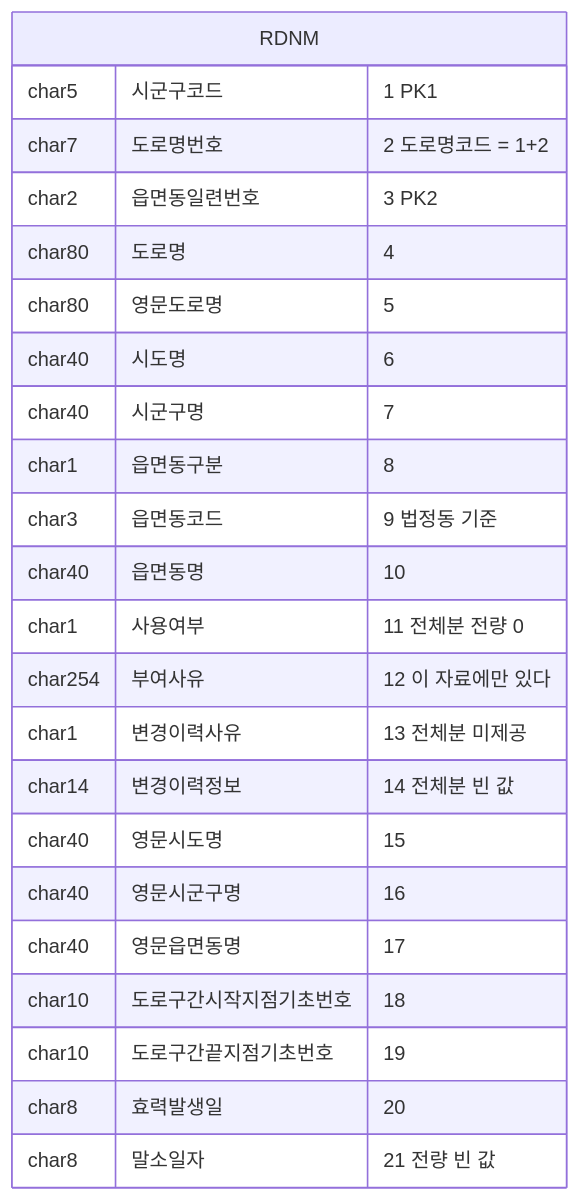
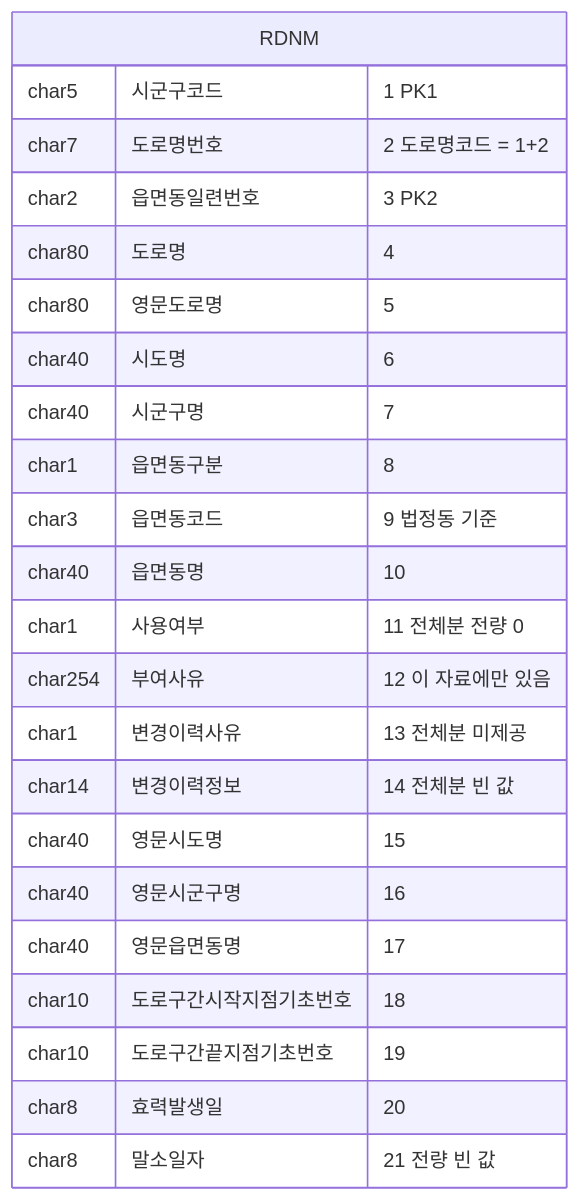
One commit to buss-sooin/address-refine-diagnostics changed the fourth of 10 diagrams in design/06-source-schema.md. Above: the diagram before and after it, drawn with Mermaid. The commit also changed other lines of this file and 5 other files, not shown here.

````diff
--- a/design/06-source-schema.md
+++ b/design/06-source-schema.md
@@ -200,26 +173,26 @@
 ```mermaid
 erDiagram
     RDNM {
         char5   시군구코드                 "1 PK1"
         char7   도로명번호                 "2 도로명코드 = 1+2"
         char2   읍면동일련번호             "3 PK2"
         char80  도로명                     "4"
         char80  영문도로명                 "5"
         char40  시도명                     "6"
         char40  시군구명                   "7"
         char1   읍면동구분                 "8"
         char3   읍면동코드                 "9 법정동 기준"
         char40  읍면동명                   "10"
         char1   사용여부                   "11 전체분 전량 0"
-        char254 부여사유                   "12 이 자료에만 있다"
+        char254 부여사유                   "12 이 자료에만 있음"
         char1   변경이력사유               "13 전체분 미제공"
         char14  변경이력정보               "14 전체분 빈 값"
         char40  영문시도명                 "15"
         char40  영문시군구명               "16"
         char40  영문읍면동명               "17"
         char10  도로구간시작지점기초번호   "18"
         char10  도로구간끝지점기초번호     "19"
         char8   효력발생일                 "20"
         char8   말소일자                   "21 전량 빈 값"
     }
 ```
````
